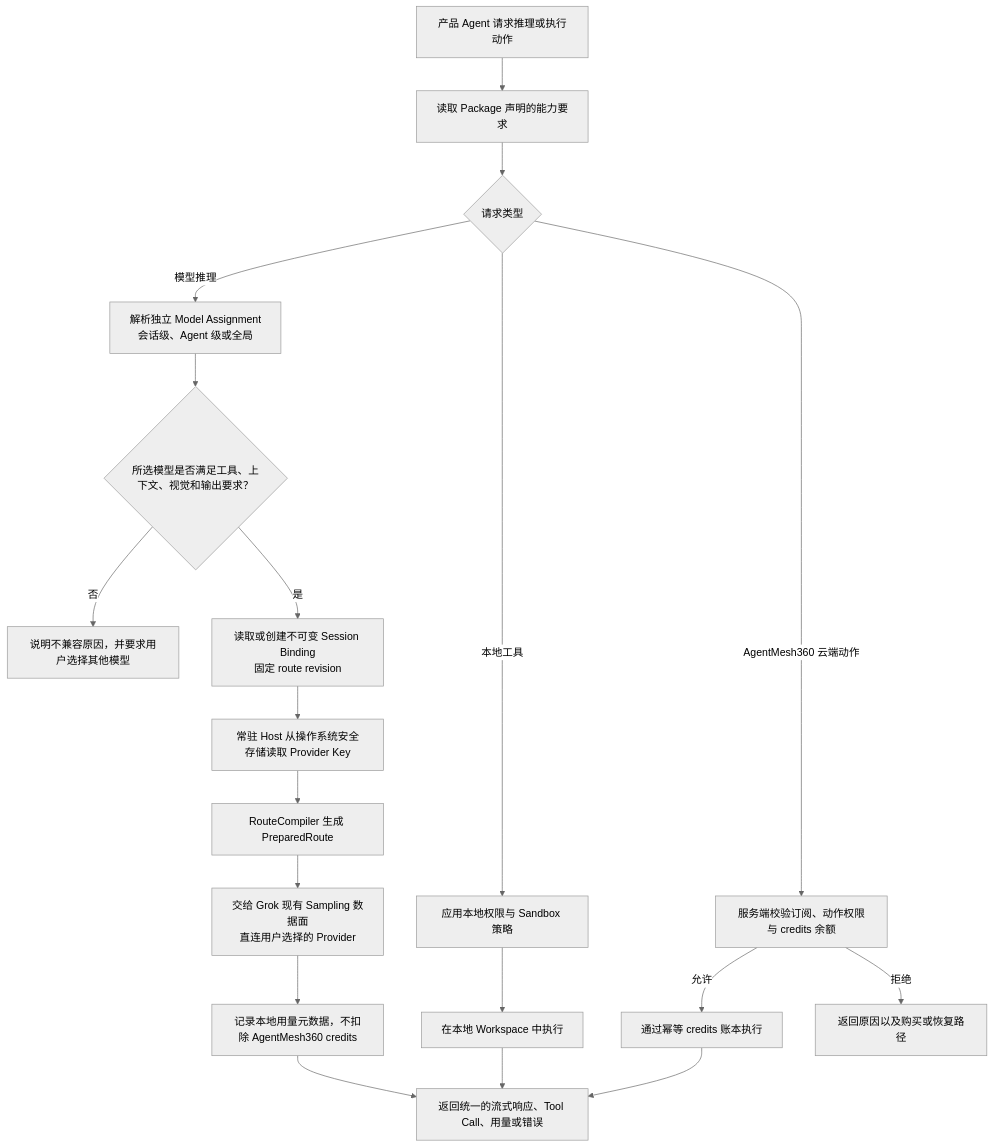
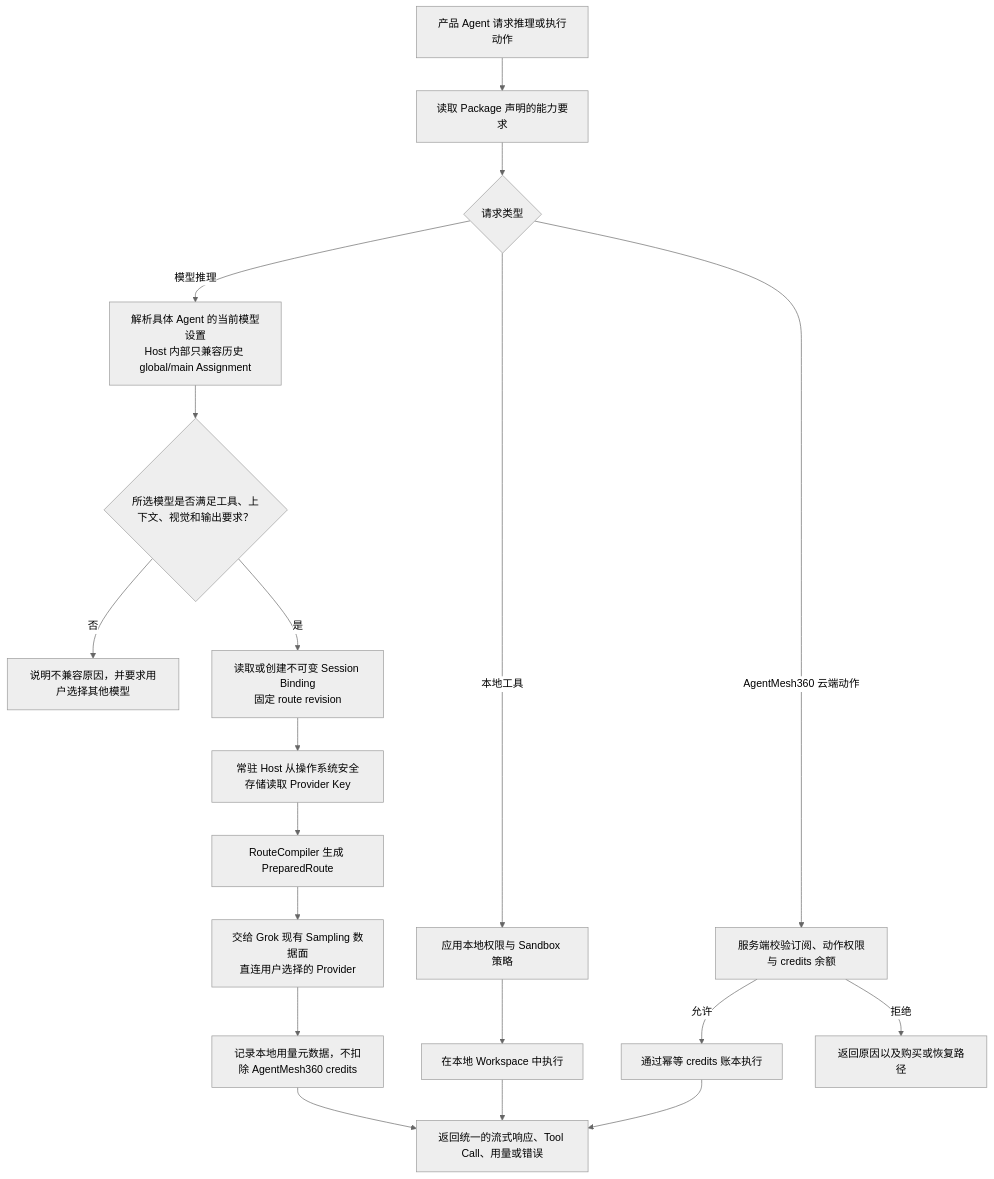
Before and after one commit to jiyangnan/AgentMesh360-Client: the seventh of 8 diagrams in docs/architecture/PRODUCT_BLUEPRINT.md, drawn with Mermaid (neutral theme). The commit also changed 5 other files, not shown here.

````diff
--- a/docs/architecture/PRODUCT_BLUEPRINT.md
+++ b/docs/architecture/PRODUCT_BLUEPRINT.md
@@ -441,25 +441,25 @@
 ```mermaid
 flowchart TD
     REQUEST["产品 Agent 请求推理或执行动作"] --> DECLARED["读取 Package 声明的能力要求"]
     DECLARED --> KIND{"请求类型"}
 
-    KIND -->|"模型推理"| MODEL["解析独立 Model Assignment\n会话级、Agent 级或全局"]
+    KIND -->|"模型推理"| MODEL["解析具体 Agent 的当前模型设置\nHost 内部只兼容历史 global/main Assignment"]
     MODEL --> CAPABLE{"所选模型是否满足工具、上下文、视觉和输出要求？"}
     CAPABLE -->|"否"| EXPLAIN["说明不兼容原因，并要求用户选择其他模型"]
     CAPABLE -->|"是"| BINDING["读取或创建不可变 Session Binding\n固定 route revision"]
     BINDING --> SECRET["常驻 Host 从操作系统安全存储读取 Provider Key"]
     SECRET --> COMPILE["RouteCompiler 生成 PreparedRoute"]
     COMPILE --> DIRECT["交给 Grok 现有 Sampling 数据面\n直连用户选择的 Provider"]
     DIRECT --> USAGE["记录本地用量元数据，不扣除 AgentMesh360 credits"]
 
     KIND -->|"本地工具"| POLICY["应用本地权限与 Sandbox 策略"]
     POLICY --> LOCAL_RESULT["在本地 Workspace 中执行"]
 
     KIND -->|"AgentMesh360 云端动作"| ENTITLEMENT["服务端校验订阅、动作权限与 credits 余额"]
     ENTITLEMENT -->|"允许"| CLOUD["通过幂等 credits 账本执行"]
     ENTITLEMENT -->|"拒绝"| DENIED["返回原因以及购买或恢复路径"]
 
     USAGE --> RESULT["返回统一的流式响应、Tool Call、用量或错误"]
     LOCAL_RESULT --> RESULT
     CLOUD --> RESULT
 ```
````
